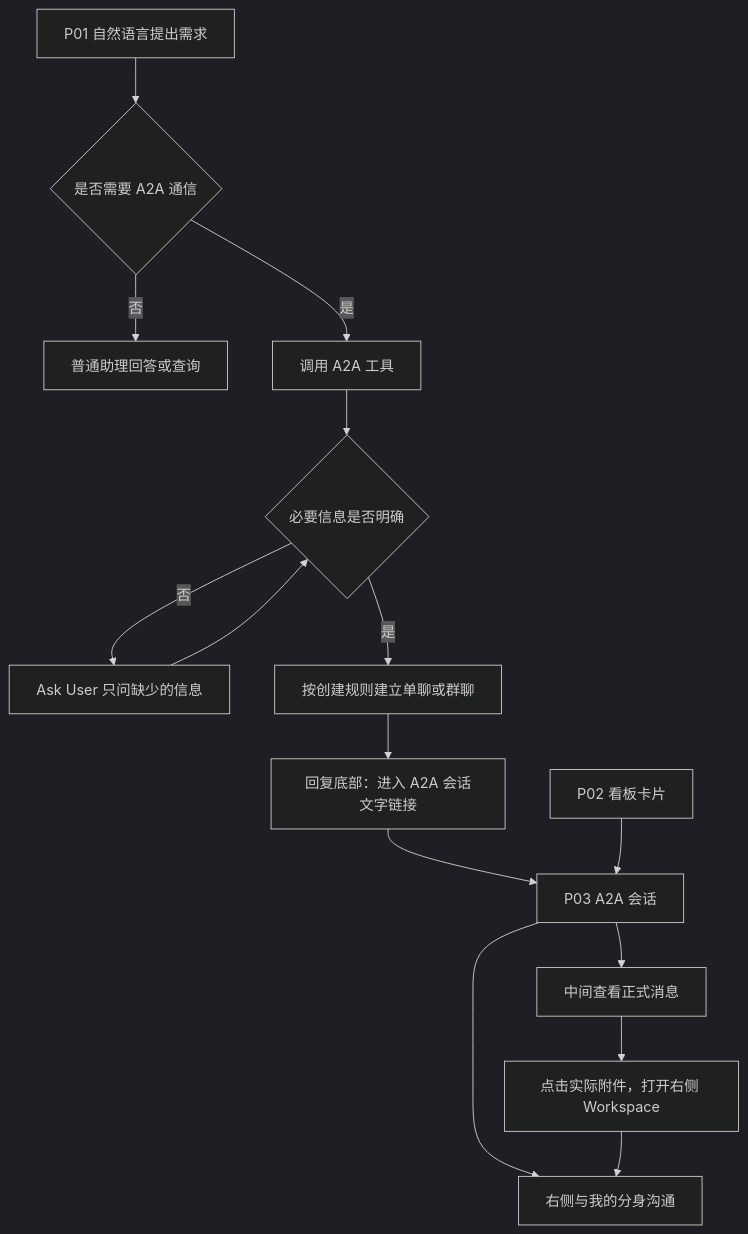
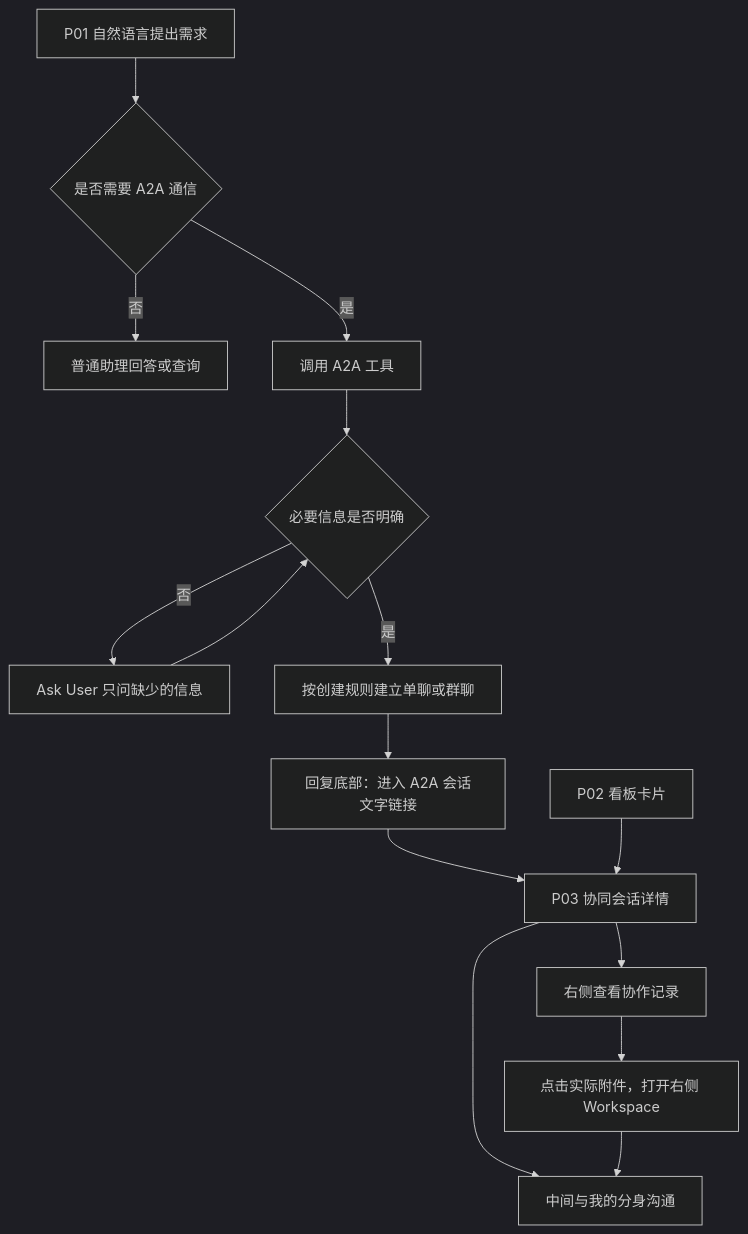
The diagram in docs/PRD-A2A通信与任务协作-2026年10月版.md (ueishinbo/SFZN-AI), drawn with Mermaid (dark theme) before and after one commit. The commit also changed other lines of this file and 37 other files, not shown here.

````diff
--- a/docs/PRD-A2A通信与任务协作-2026年10月版.md
+++ b/docs/PRD-A2A通信与任务协作-2026年10月版.md
@@ -85,17 +91,17 @@
 ```mermaid
 flowchart TD
     A[P01 自然语言提出需求] --> B{是否需要 A2A 通信}
     B -->|否| C[普通助理回答或查询]
     B -->|是| D[调用 A2A 工具]
     D --> E{必要信息是否明确}
     E -->|否| F[Ask User 只问缺少的信息]
     F --> E
     E -->|是| G[按创建规则建立单聊或群聊]
     G --> H[回复底部：进入 A2A 会话文字链接]
-    H --> I[P03 A2A 会话]
+    H --> I[P03 协同会话详情]
     J[P02 看板卡片] --> I
-    I --> K[中间查看正式消息]
-    I --> L[右侧与我的分身沟通]
+    I --> K[右侧查看协作记录]
+    I --> L[中间与我的分身沟通]
     K --> M[点击实际附件，打开右侧 Workspace]
     M --> L
 ```
````
